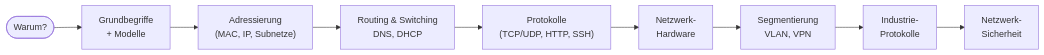
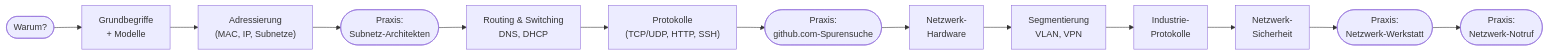
One commit to JacobMenge/kurs-unterlagen changed the diagram in docs/netzwerke/index.md. Above: the diagram before and after it, drawn with Mermaid. The commit also changed other lines of this file and 107 other files, not shown here.

````diff
--- a/docs/netzwerke/index.md
+++ b/docs/netzwerke/index.md
@@ -66,11 +70,15 @@
 ```mermaid
 flowchart LR
   WHY(["Warum?"]) --> BASIS["Grundbegriffe<br/>+ Modelle"]
   BASIS --> ADRESS["Adressierung<br/>(MAC, IP, Subnetze)"]
-  ADRESS --> WEGE["Routing & Switching<br/>DNS, DHCP"]
+  ADRESS --> PSUB(["Praxis:<br/>Subnetz-Architekten"])
+  PSUB --> WEGE["Routing & Switching<br/>DNS, DHCP"]
   WEGE --> PROTO["Protokolle<br/>(TCP/UDP, HTTP, SSH)"]
-  PROTO --> HW["Netzwerk-<br/>Hardware"]
+  PROTO --> PSPUR(["Praxis:<br/>github.com-Spurensuche"])
+  PSPUR --> HW["Netzwerk-<br/>Hardware"]
   HW --> SEG["Segmentierung<br/>VLAN, VPN"]
   SEG --> IND["Industrie-<br/>Protokolle"]
   IND --> SEC["Netzwerk-<br/>Sicherheit"]
+  SEC --> PWERK(["Praxis:<br/>Netzwerk-Werkstatt"])
+  PWERK --> PNOT(["Praxis:<br/>Netzwerk-Notruf"])
 ```
````
